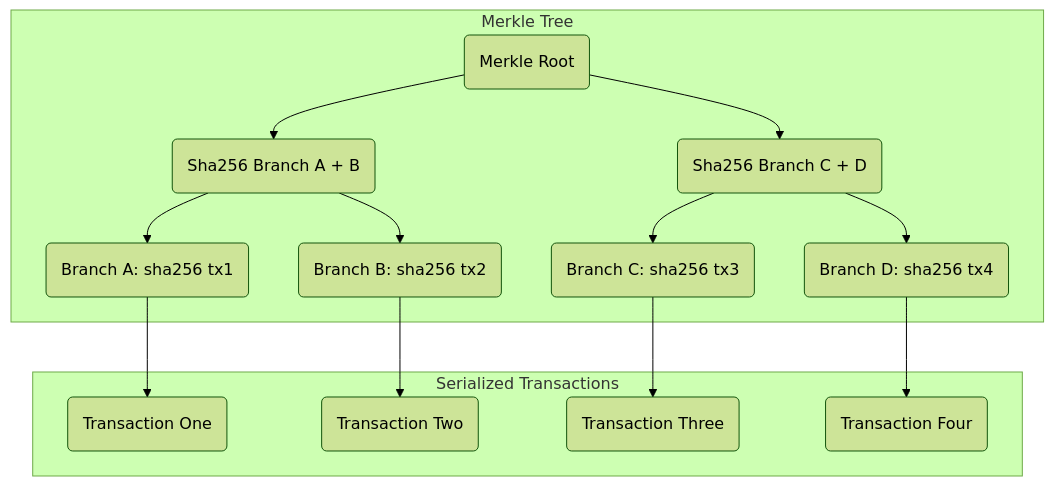
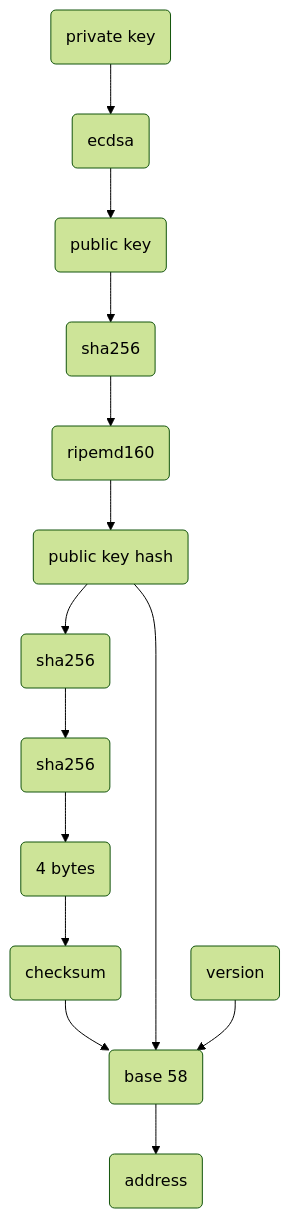
One commit to RajyalakshmiUpputuri/Golang changed the diagram in golang-blockchain/wallet.mmd. Above: the diagram before and after it, drawn with Mermaid (forest theme). The commit also changed 16 other files, not shown here.

```diff
--- a/golang-blockchain/wallet.mmd
+++ b/golang-blockchain/wallet.mmd
@@ -1,22 +1,16 @@
-graph TD
+graph TB
+pr(private key) --> ec(ecdsa)
+ec --> pb(public key) 
 
-subgraph Merkle Tree
-a(Merkle Root) --> b
-a --> c(Sha256 Branch A + B) 
-c --> d(Branch A: sha256 tx1)
-c --> e(Branch B: sha256 tx2)
-b(Sha256 Branch C + D)  --> f(Branch C: sha256 tx3)
-b --> g(Branch D: sha256 tx4)
-
-end
-d --> tx1
-e --> tx2
-f --> tx3
-g --> tx4
-
-subgraph Serialized Transactions
-tx1(Transaction One) 
-tx2(Transaction Two)  
-tx3(Transaction Three)  
-tx4(Transaction Four)  
-end
+pb --> s(sha256) 
+s --> r(ripemd160) 
+r --> k(public key hash)
+k --> s1(sha256)
+s1 --> s2(sha256)
+s2 --> e(4 bytes)
+e --> c
+c(checksum)
+c --> b(base 58)
+k --> b
+v(version) --> b
+b --> a(address) 
```
